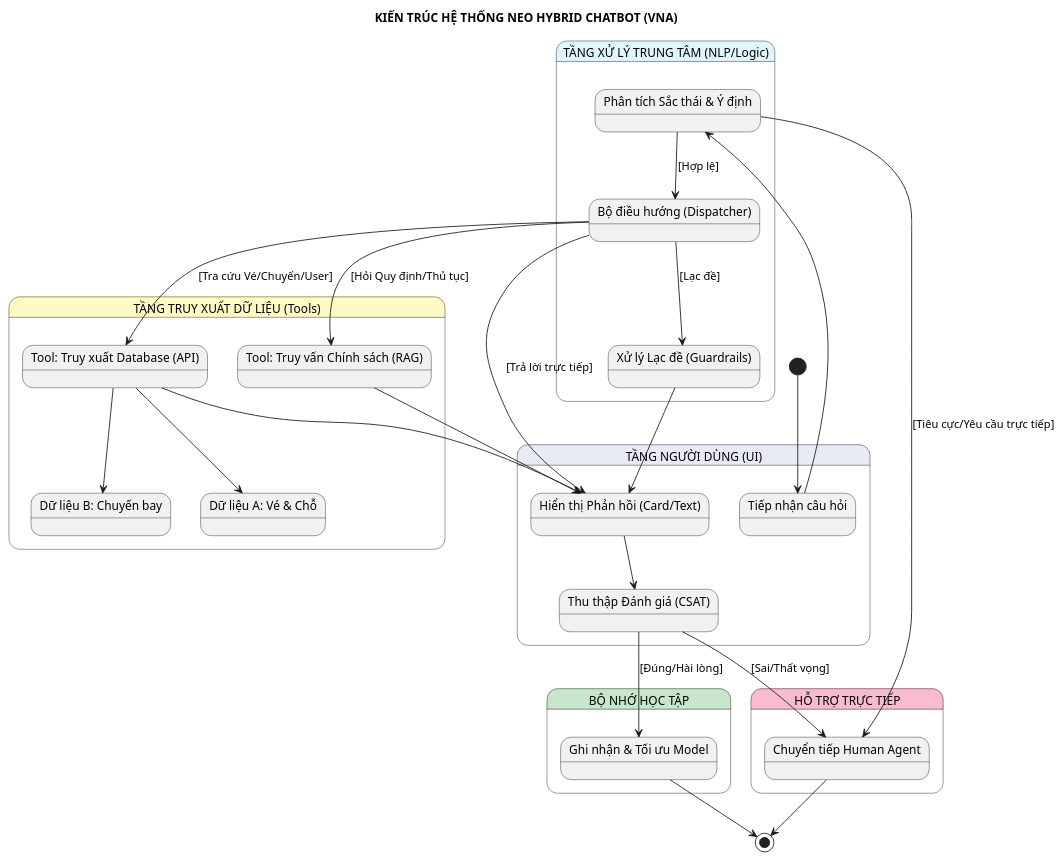
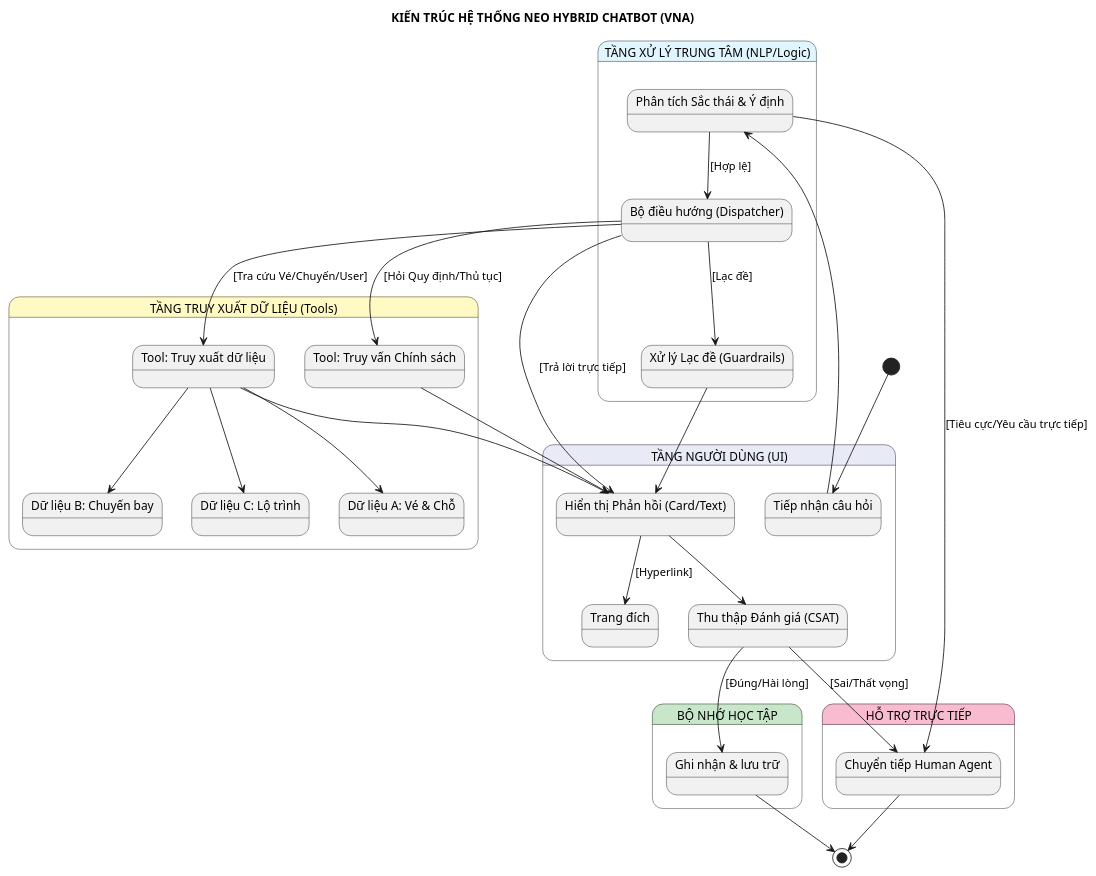
One commit to DangMinh21/Nhom09-E403-Day06 changed the diagram in skerch.puml. Above: the diagram before and after it, drawn with PlantUML.

Commit message:
cập nhật chỉnh sửa skerch

```diff
--- a/skerch.puml
+++ b/skerch.puml
@@ -1,65 +1,69 @@
 @startuml
 title KIẾN TRÚC HỆ THỐNG NEO HYBRID CHATBOT (VNA)
 skinparam backgroundColor #FFFFFF
 skinparam state {
   BackgroundColor<<UI>> #E8EAF6
   BackgroundColor<<Logic>> #E1F5FE
   BackgroundColor<<Data>> #FFF9C4
   BackgroundColor<<External>> #F8BBD0
   BackgroundColor<<Learning>> #C8E6C9
 }
 
 state "TẦNG NGƯỜI DÙNG (UI)" as Layer1 <<UI>> {
     state "Tiếp nhận câu hỏi" as Input
     state "Hiển thị Phản hồi (Card/Text)" as Response
     state "Thu thập Đánh giá (CSAT)" as Feedback
+    state "Trang đích" as Landing
 }
 
 state "TẦNG XỬ LÝ TRUNG TÂM (NLP/Logic)" as Layer2 <<Logic>> {
     state "Phân tích Sắc thái & Ý định" as Analyze
     state "Bộ điều hướng (Dispatcher)" as Classify
     state "Xử lý Lạc đề (Guardrails)" as Reject
 }
 
 state "TẦNG TRUY XUẤT DỮ LIỆU (Tools)" as Layer3 <<Data>> {
-    state "Tool: Truy vấn Chính sách (RAG)" as ToolPolicy
-    state "Tool: Truy xuất Database (API)" as ToolDB
-    
+    state "Tool: Truy vấn Chính sách" as ToolPolicy
+    state "Tool: Truy xuất dữ liệu" as ToolDB
+
     state "Dữ liệu A: Vé & Chỗ" as DB_A
     state "Dữ liệu B: Chuyến bay" as DB_B
+    state "Dữ liệu C: Lộ trình" as DB_C
 }
 
 state "HỖ TRỢ TRỰC TIẾP" as Layer4 <<External>> {
     state "Chuyển tiếp Human Agent" as Agent
 }
 
 state "BỘ NHỚ HỌC TẬP" as Layer5 <<Learning>> {
-    state "Ghi nhận & Tối ưu Model" as Learning
+    state "Ghi nhận & lưu trữ" as Learning
 }
 
 [*] --> Input
 Input --> Analyze
 Analyze --> Agent : [Tiêu cực/Yêu cầu trực tiếp]
 Analyze --> Classify : [Hợp lệ]
 
 Classify --> Reject : [Lạc đề]
 Classify --> ToolPolicy : [Hỏi Quy định/Thủ tục]
 Classify --> ToolDB : [Tra cứu Vé/Chuyến/User]
 Classify --> Response : [Trả lời trực tiếp]
 
 ToolDB --> DB_A
 ToolDB --> DB_B
+ToolDB --> DB_C
 
 
 ToolDB --> Response
 ToolPolicy --> Response
 Reject --> Response
 
 Response --> Feedback
+Response --> Landing : [Hyperlink]
 
 Feedback --> Learning : [Đúng/Hài lòng]
 Feedback --> Agent : [Sai/Thất vọng]
 Learning --> [*]
 Agent --> [*]
 
 @enduml 
```
